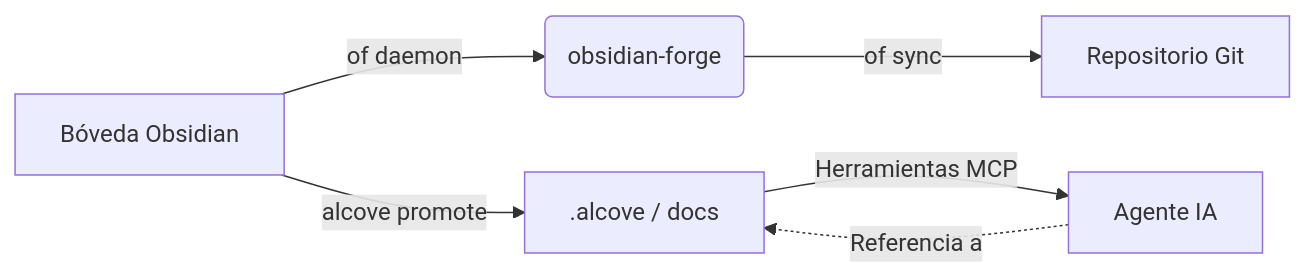
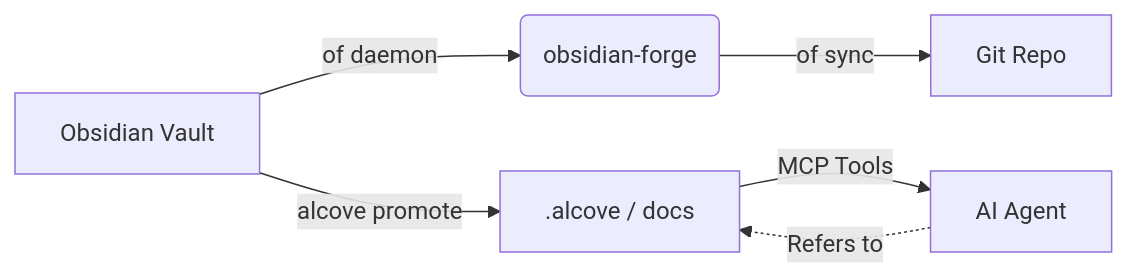
The diagram in docs/README_es.md (epicsagas/obsidian-forge), drawn with Mermaid before and after one commit. The commit also changed other lines of this file and 8 other files, not shown here.

````diff
--- a/docs/README_es.md
+++ b/docs/README_es.md
@@ -319,8 +326,8 @@
 ```mermaid
 graph LR
-    A[Bóveda Obsidian] -->|of daemon| B(obsidian-forge)
-    B -->|of sync| C[Repositorio Git]
+    A[Obsidian Vault] -->|of daemon| B(obsidian-forge)
+    B -->|of sync| C[Git Repo]
     A -->|alcove promote| D[.alcove / docs]
-    D -->|Herramientas MCP| E[Agente IA]
-    E -.->|Referencia a| D
+    D -->|MCP Tools| E[AI Agent]
+    E -.->|Refers to| D
 ```
````
